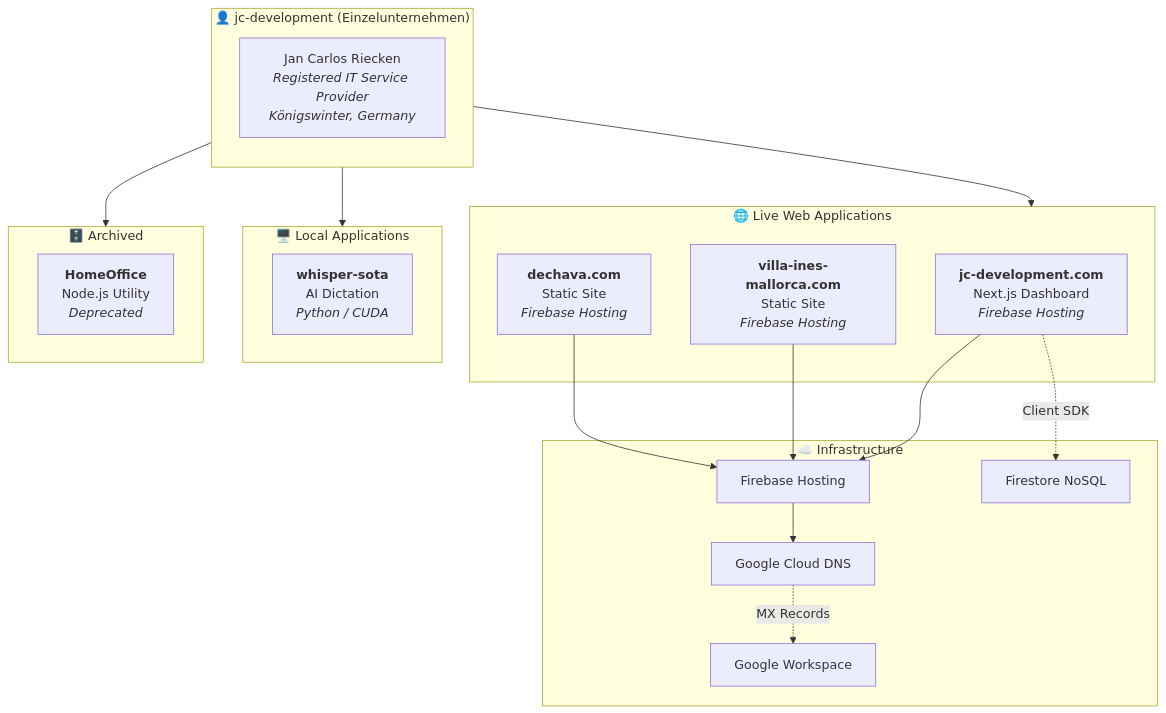
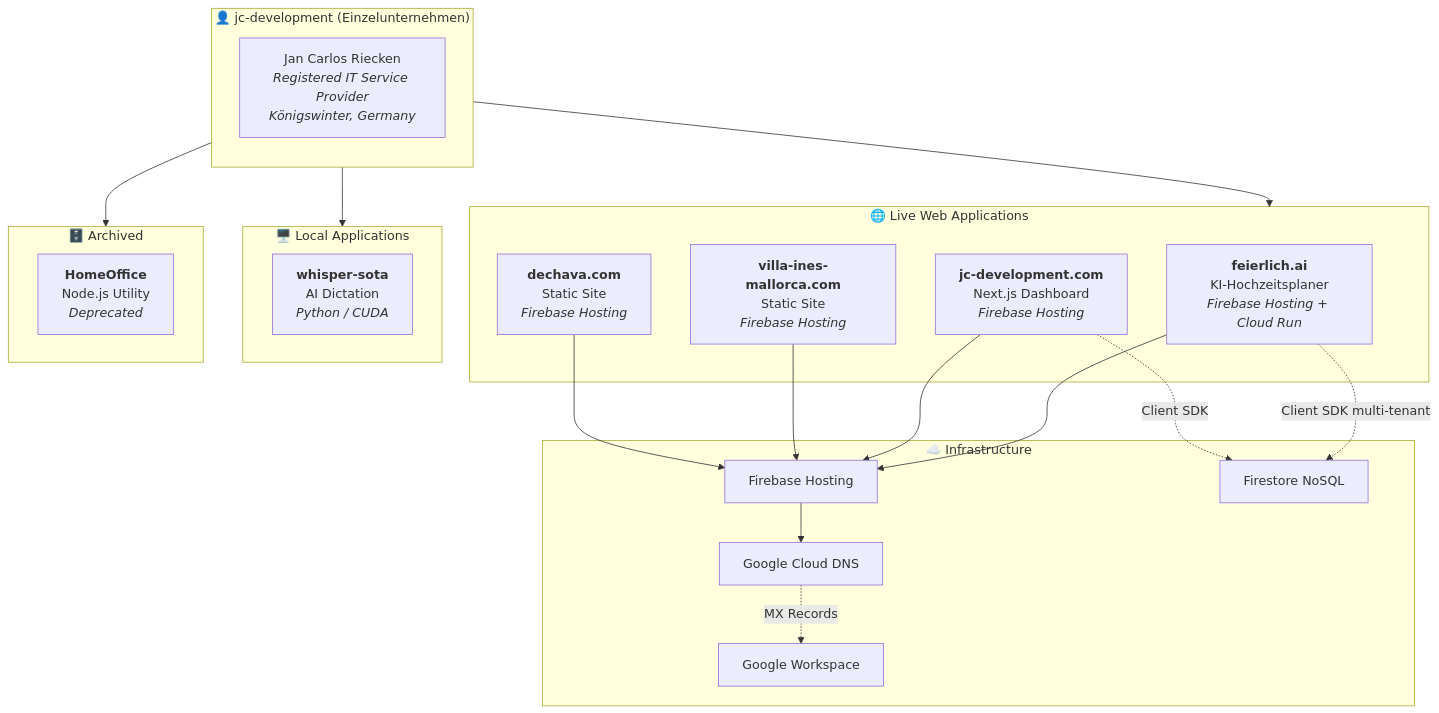
The first of 2 diagrams in docs/20-Projects.md (jcriecken/OpenClawBrain), drawn with Mermaid before and after one commit. The commit also changed other lines of this file and 3 other files, not shown here.

````diff
--- a/docs/20-Projects.md
+++ b/docs/20-Projects.md
@@ -20,39 +20,42 @@
 ```mermaid
 graph TB
     subgraph Owner["👤 jc-development (Einzelunternehmen)"]
         direction TB
         OWNER["Jan Carlos Riecken<br/><i>Registered IT Service Provider<br/>Königswinter, Germany</i>"]
     end
 
     subgraph WebApps["🌐 Live Web Applications"]
+        FEIER["<b>feierlich.ai</b><br/>KI-Hochzeitsplaner<br/><i>Firebase Hosting + Cloud Run</i>"]
         JCD["<b>jc-development.com</b><br/>Next.js Dashboard<br/><i>Firebase Hosting</i>"]
         VILLA["<b>villa-ines-mallorca.com</b><br/>Static Site<br/><i>Firebase Hosting</i>"]
         DECHAVA["<b>dechava.com</b><br/>Static Site<br/><i>Firebase Hosting</i>"]
     end
 
     subgraph LocalApps["🖥️ Local Applications"]
         WHISPER["<b>whisper-sota</b><br/>AI Dictation<br/><i>Python / CUDA</i>"]
     end
 
     subgraph Deprecated["🗄️ Archived"]
         HOME["<b>HomeOffice</b><br/>Node.js Utility<br/><i>Deprecated</i>"]
     end
 
     subgraph Infra["☁️ Infrastructure"]
         DNS["Google Cloud DNS"]
         FB["Firebase Hosting"]
         FS["Firestore NoSQL"]
         GW["Google Workspace"]
     end
 
     OWNER --> WebApps
     OWNER --> LocalApps
     OWNER --> Deprecated
 
+    FEIER --> FB
     JCD --> FB
     VILLA --> FB
     DECHAVA --> FB
     FB --> DNS
+    FEIER -.->|"Client SDK multi-tenant"| FS
     JCD -.->|"Client SDK"| FS
     DNS -.->|"MX Records"| GW
 ```
````
